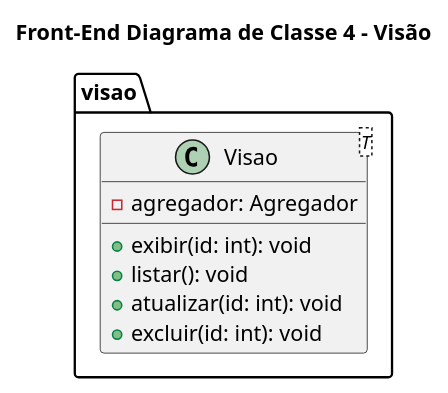
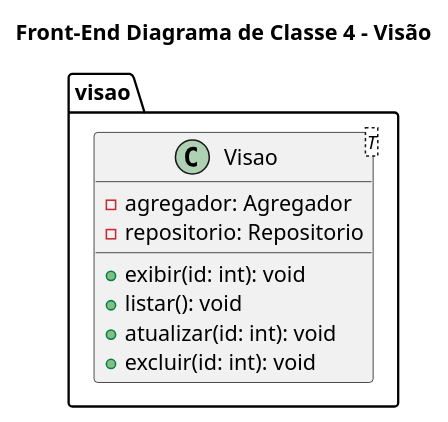
The diagram in docs/diagramas/src/diagramas_classe/frontend/diagrama_classe_4.plantuml (tiagors09/CareGardenProject), drawn with PlantUML before and after one commit. The commit also changed 4 other files, not shown here.

```diff
--- a/docs/diagramas/src/diagramas_classe/frontend/diagrama_classe_4.plantuml
+++ b/docs/diagramas/src/diagramas_classe/frontend/diagrama_classe_4.plantuml
@@ -1,13 +1,14 @@
 @startuml Diagrama_Classe_4
 title Front-End Diagrama de Classe 4 - Visão
 
 package visao {
   class Visao<T> {
     -agregador: Agregador
+    -repositorio: Repositorio
     +exibir(id: int): void
     +listar(): void
     +atualizar(id: int): void
     +excluir(id: int): void
   }
 }
 @enduml
```
